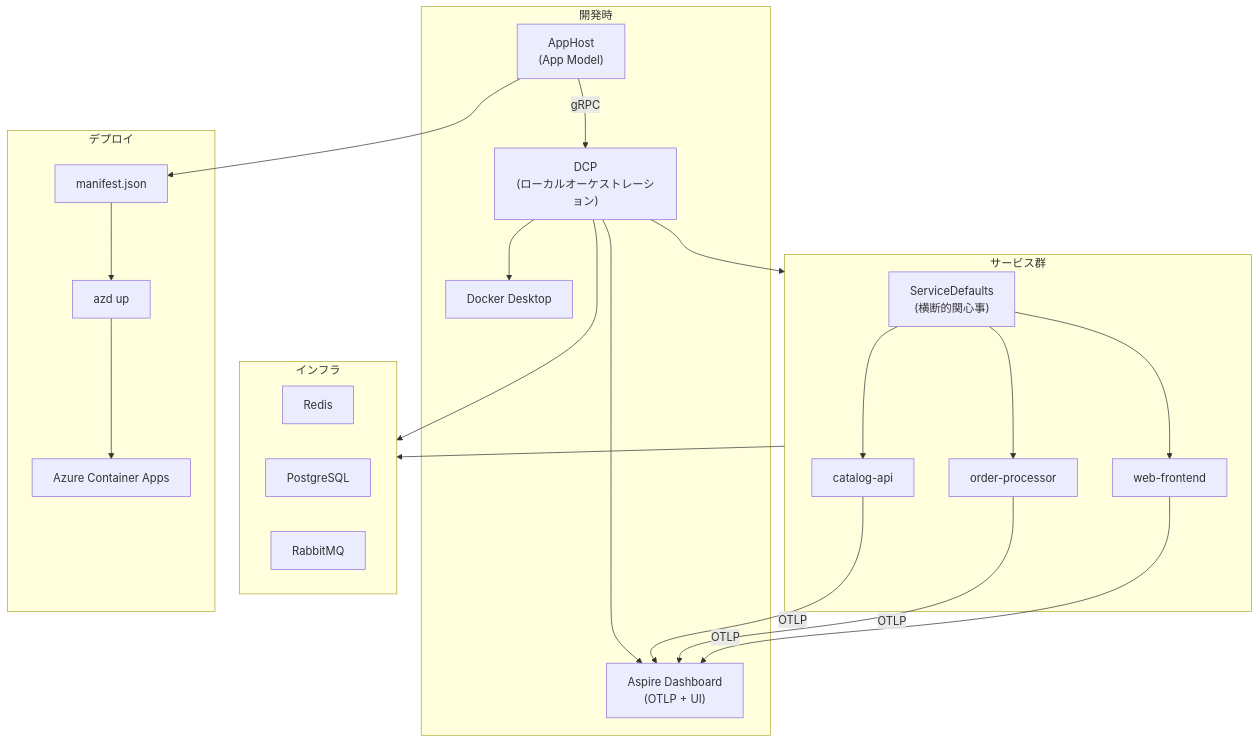
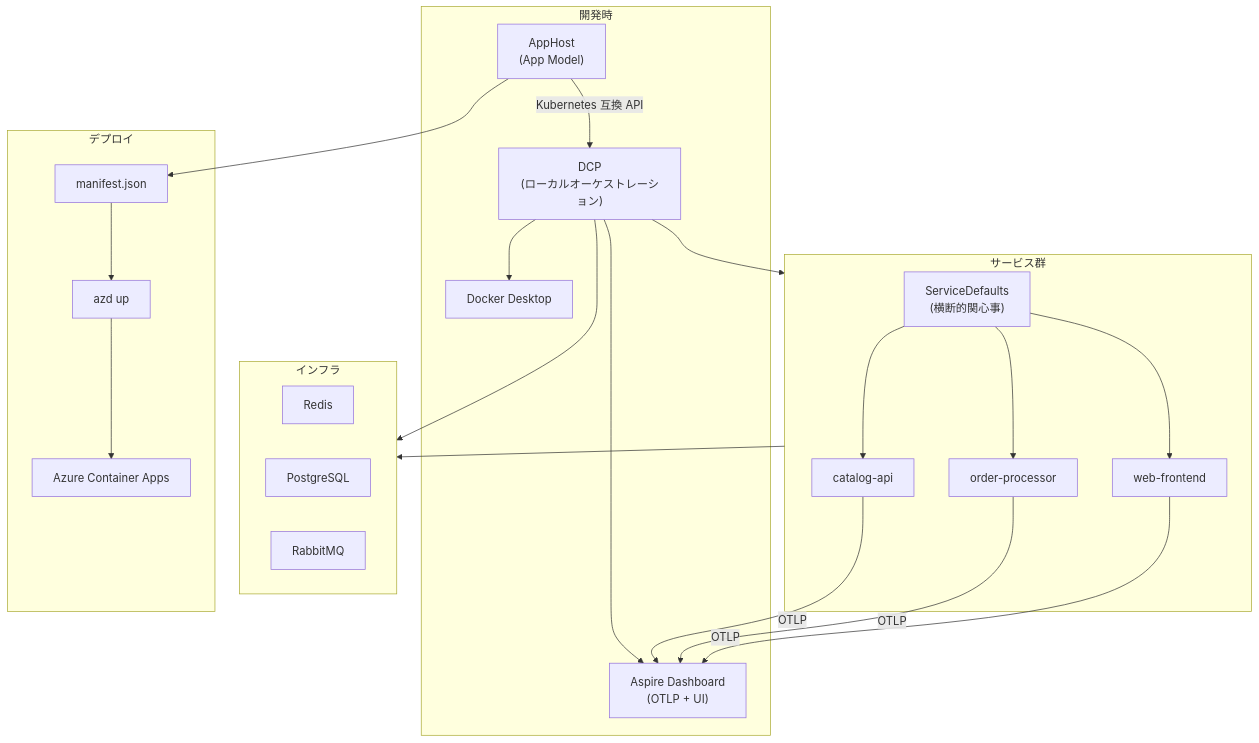
Before and after one commit to yoichiozaki/yoichiozaki.github.io: diagram 18 of 18 in content/blog/ja/dotnet-aspire.mdx, drawn with Mermaid. The commit also changed other lines of this file and 116 other files, not shown here.

````diff
--- a/content/blog/ja/dotnet-aspire.mdx
+++ b/content/blog/ja/dotnet-aspire.mdx
@@ -1169,47 +1176,47 @@
 ```mermaid
 graph TD
     subgraph Development["開発時"]
         AppHost["AppHost<br/>(App Model)"]
         DCP["DCP<br/>(ローカルオーケストレーション)"]
         Dashboard["Aspire Dashboard<br/>(OTLP + UI)"]
         Docker["Docker Desktop"]
 
-        AppHost -->|gRPC| DCP
+        AppHost -->|Kubernetes 互換 API| DCP
         DCP --> Docker
         DCP --> Dashboard
     end
 
     subgraph Services["サービス群"]
         SD["ServiceDefaults<br/>(横断的関心事)"]
         API["catalog-api"]
         Worker["order-processor"]
         Web["web-frontend"]
 
         SD --> API
         SD --> Worker
         SD --> Web
     end
 
     subgraph Infrastructure["インフラ"]
         Redis["Redis"]
         PG["PostgreSQL"]
         RMQ["RabbitMQ"]
     end
 
     subgraph Deploy["デプロイ"]
         Manifest["manifest.json"]
         AZD["azd up"]
         Azure["Azure Container Apps"]
     end
 
     DCP --> Services
     DCP --> Infrastructure
     Services --> Infrastructure
     API -->|OTLP| Dashboard
     Worker -->|OTLP| Dashboard
     Web -->|OTLP| Dashboard
 
     AppHost --> Manifest
     Manifest --> AZD
     AZD --> Azure
 ```
````
